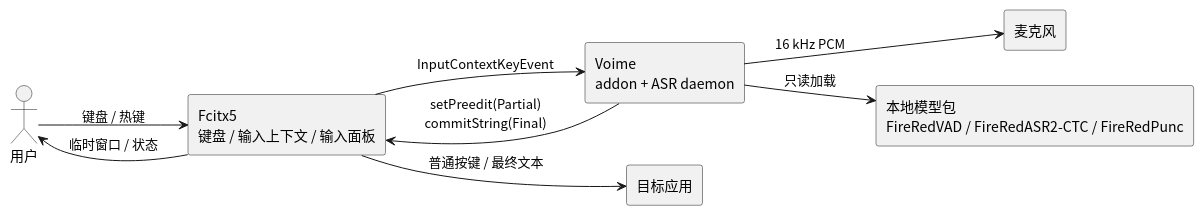
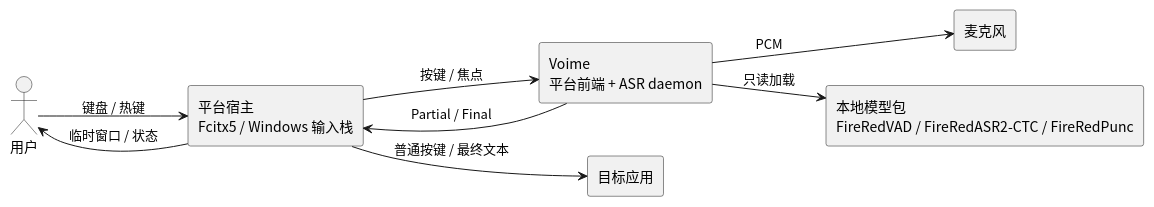
Before and after one commit to 54m43lJ/voime: the diagram in diagram/general-architecture.puml, drawn with PlantUML. The commit also changed 192 other files, not shown here.

```diff
--- a/diagram/general-architecture.puml
+++ b/diagram/general-architecture.puml
@@ -1,21 +1,21 @@
 @startuml
 skinparam defaultFontName "Noto Sans CJK SC"
 skinparam shadowing false
 skinparam componentStyle rectangle
 left to right direction
 
 actor "用户" as User
-component "Fcitx5\n键盘 / 输入上下文 / 输入面板" as Fcitx
-component "Voime\naddon + ASR daemon" as Voime
+component "平台宿主\nFcitx5 / Windows 输入栈" as Host
+component "Voime\n平台前端 + ASR daemon" as Voime
 component "目标应用" as App
 component "麦克风" as Mic
 component "本地模型包\nFireRedVAD / FireRedASR2-CTC / FireRedPunc" as Models
 
-User --> Fcitx : 键盘 / 热键
-Fcitx --> Voime : InputContextKeyEvent
-Voime --> Fcitx : setPreedit(Partial)\ncommitString(Final)
-Fcitx --> App : 普通按键 / 最终文本
-Fcitx --> User : 临时窗口 / 状态
-Voime --> Mic : 16 kHz PCM
+User --> Host : 键盘 / 热键
+Host --> Voime : 按键 / 焦点
+Voime --> Host : Partial / Final
+Host --> App : 普通按键 / 最终文本
+Host --> User : 临时窗口 / 状态
+Voime --> Mic : PCM
 Voime --> Models : 只读加载
 @enduml
```
